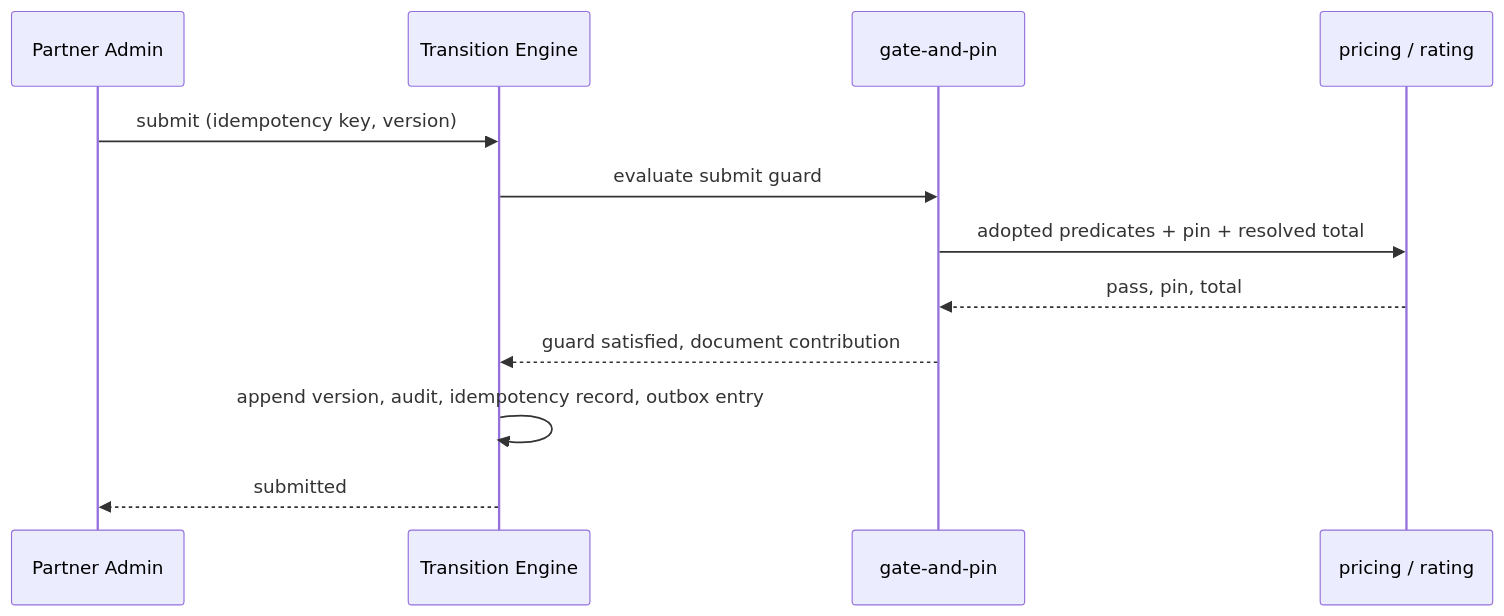
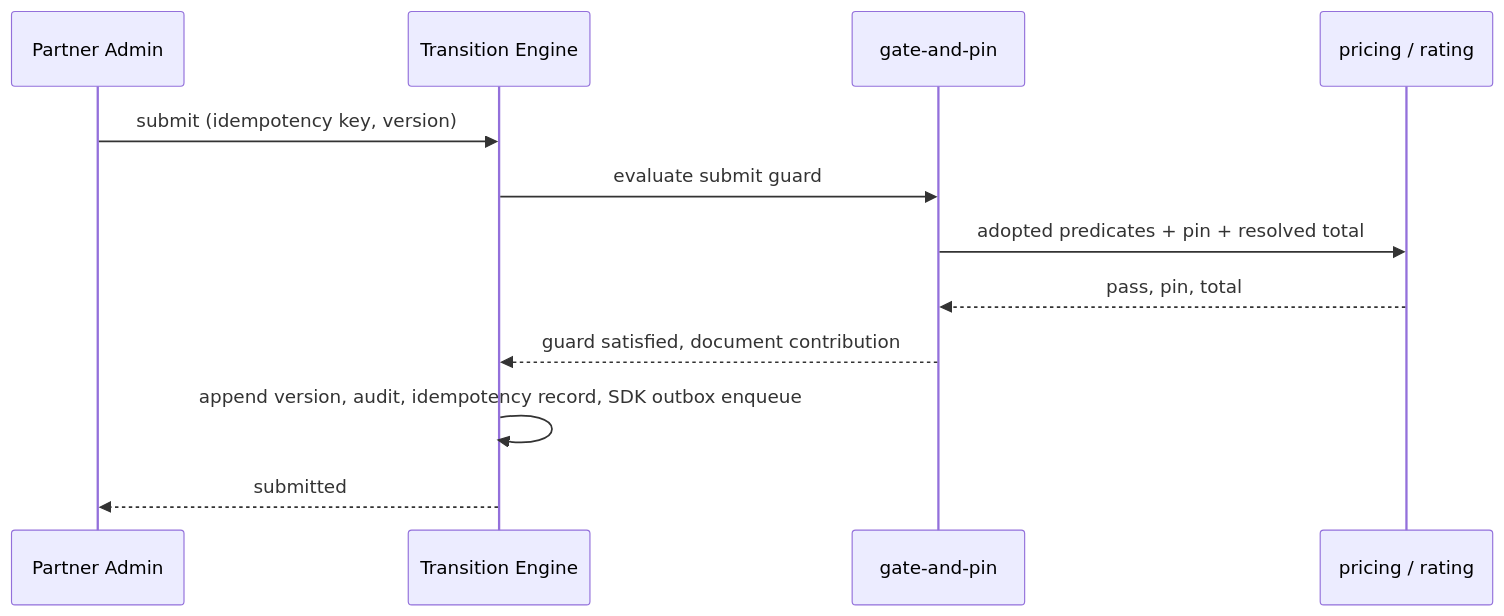
The second of 6 diagrams in gears/bss/orders-lifecycle/docs/DESIGN.md (constructorfabric/gears-rust), drawn with Mermaid before and after one commit. The commit also changed other lines of this file and 33 other files, not shown here.

````diff
--- a/gears/bss/orders-lifecycle/docs/DESIGN.md
+++ b/gears/bss/orders-lifecycle/docs/DESIGN.md
@@ -784,14 +815,14 @@
 ```mermaid
 sequenceDiagram
     participant A as Partner Admin
     participant E as Transition Engine
     participant G as gate-and-pin
     participant P as pricing / rating
     A ->> E: submit (idempotency key, version)
     E ->> G: evaluate submit guard
     G ->> P: adopted predicates + pin + resolved total
     P -->> G: pass, pin, total
     G -->> E: guard satisfied, document contribution
-    E ->> E: append version, audit, idempotency record, outbox entry
+    E ->> E: append version, audit, idempotency record, SDK outbox enqueue
     E -->> A: submitted
 ```
````
